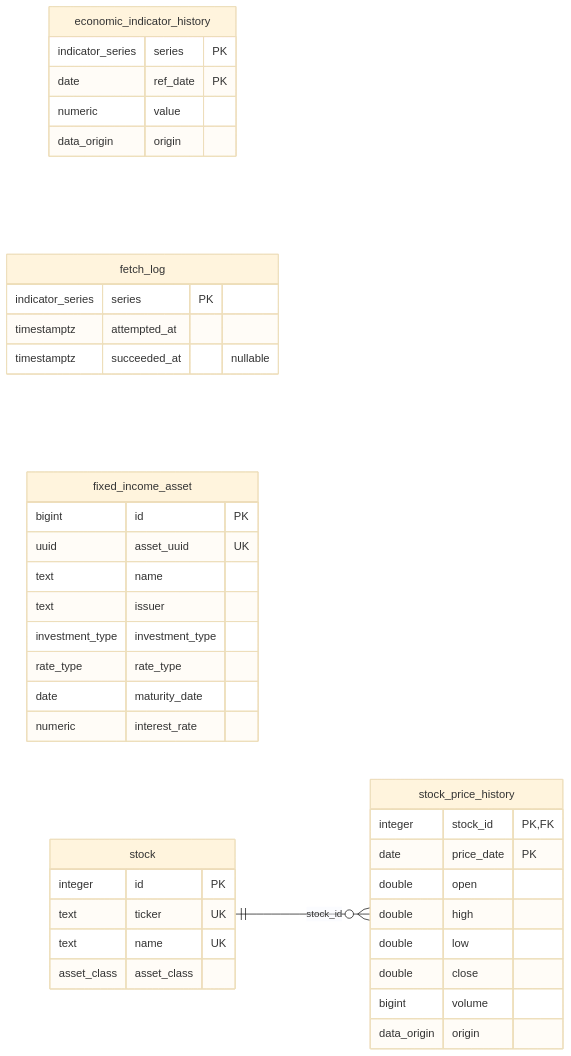
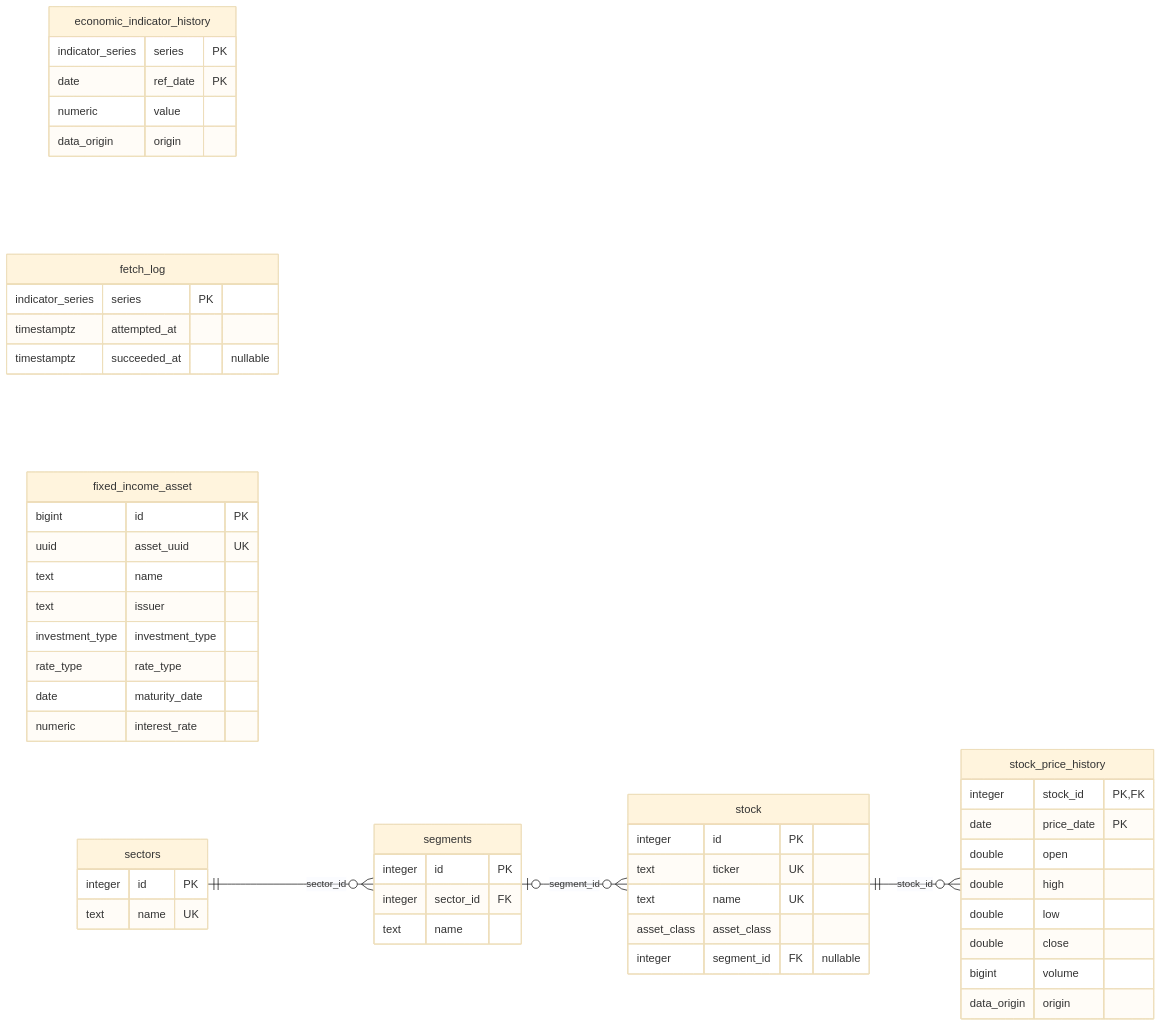
One commit to LiloMarino/SimuladorFinanceiro changed the second of 2 diagrams in docs/docs/desenvolvimento/diagrama-banco-dados.md. Above: the diagram before and after it, drawn with Mermaid (base theme). The commit also changed other lines of this file and 45 other files, not shown here.

````diff
--- a/docs/docs/desenvolvimento/diagrama-banco-dados.md
+++ b/docs/docs/desenvolvimento/diagrama-banco-dados.md
@@ -99,42 +99,54 @@
 ```mermaid
 erDiagram
     direction LR
     economic_indicator_history {
         indicator_series series PK
         date ref_date PK
         numeric value
         data_origin origin
     }
     fetch_log {
         indicator_series series PK
         timestamptz attempted_at
         timestamptz succeeded_at "nullable"
     }
     fixed_income_asset {
         bigint id PK
         uuid asset_uuid UK
         text name
         text issuer
         investment_type investment_type
         rate_type rate_type
         date maturity_date
         numeric interest_rate
     }
+    sectors {
+        integer id PK
+        text name UK
+    }
+    segments {
+        integer id PK
+        integer sector_id FK
+        text name
+    }
     stock {
         integer id PK
         text ticker UK
         text name UK
         asset_class asset_class
+        integer segment_id FK "nullable"
     }
     stock_price_history {
         integer stock_id PK, FK
         date price_date PK
         double open
         double high
         double low
         double close
         bigint volume
         data_origin origin
     }
+    sectors ||--o{ segments : sector_id
+    segments |o--o{ stock : segment_id
     stock ||--o{ stock_price_history : stock_id
 ```
````
